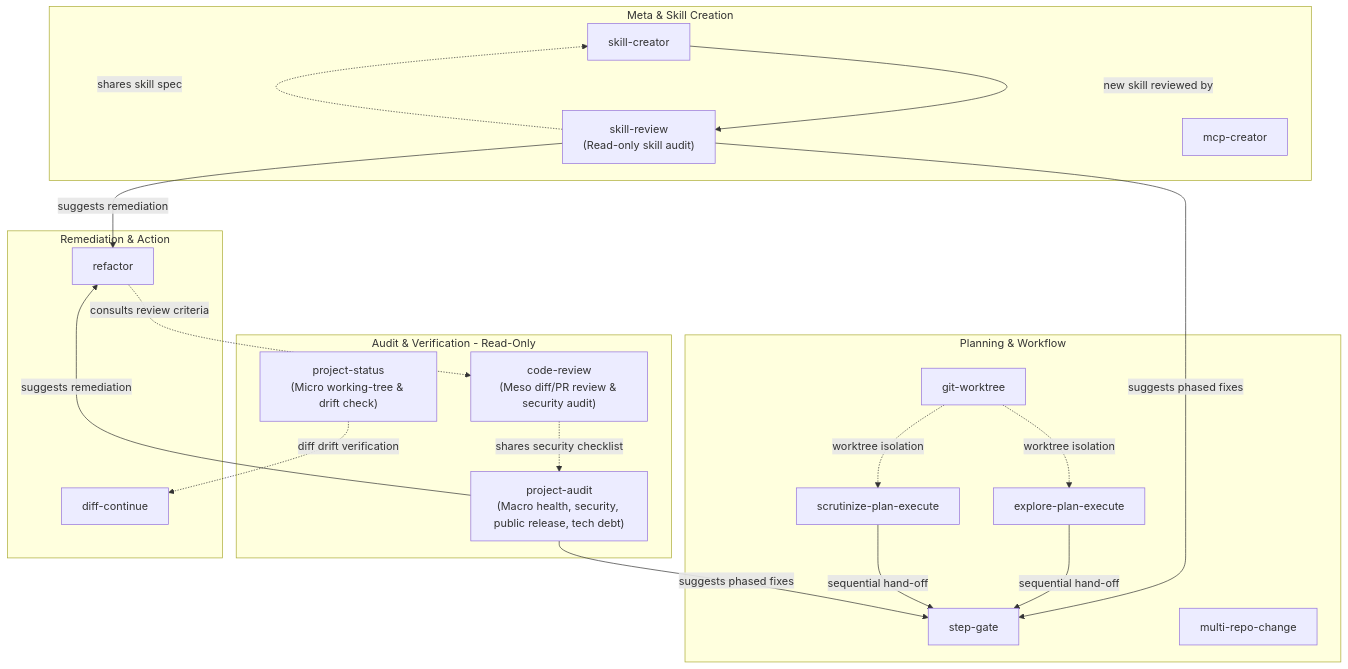
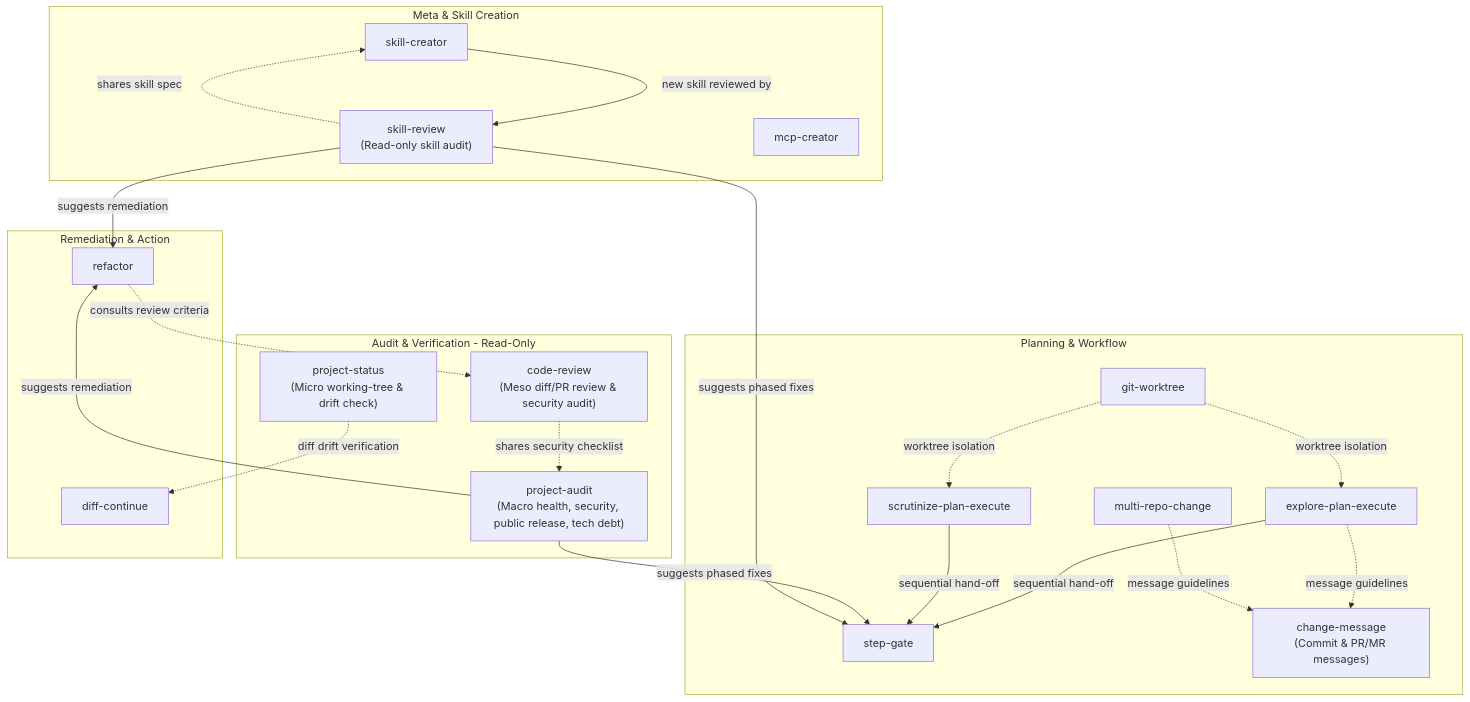
Before and after one commit to berquerant/agent-skills: the diagram in AGENTS.md, drawn with Mermaid. The commit also changed other lines of this file and 9 other files, not shown here.

First line of the commit message:
feat(change-message): add commit and PR/MR message drafting skill

````diff
--- a/AGENTS.md
+++ b/AGENTS.md
@@ -48,46 +48,49 @@
 ```mermaid
 flowchart TD
     subgraph Meta ["Meta & Skill Creation"]
         SC[skill-creator]
         SR["skill-review<br/>(Read-only skill audit)"]
         MC[mcp-creator]
     end
 
     subgraph Planning ["Planning & Workflow"]
         EPE[explore-plan-execute]
         SPE[scrutinize-plan-execute]
         SG[step-gate]
         GW[git-worktree]
         MRC[multi-repo-change]
+        CM["change-message<br/>(Commit & PR/MR messages)"]
     end
 
     subgraph Audit ["Audit & Verification - Read-Only"]
         PA["project-audit<br/>(Macro health, security, public release, tech debt)"]
         PS["project-status<br/>(Micro working-tree & drift check)"]
         CR["code-review<br/>(Meso diff/PR review & security audit)"]
     end
 
     subgraph Remediation ["Remediation & Action"]
         RF[refactor]
         DC[diff-continue]
     end
 
     %% Workflows & Hand-offs
     EPE -->|sequential hand-off| SG
     SPE -->|sequential hand-off| SG
     GW -.->|worktree isolation| EPE
     GW -.->|worktree isolation| SPE
+    EPE -.->|message guidelines| CM
+    MRC -.->|message guidelines| CM
 
     PA -->|suggests remediation| RF
     PA -->|suggests phased fixes| SG
 
     CR -.->|shares security checklist| PA
     RF -.->|consults review criteria| CR
 
     PS -.->|diff drift verification| DC
 
     SC -->|new skill reviewed by| SR
     SR -.->|shares skill spec| SC
     SR -->|suggests phased fixes| SG
     SR -->|suggests remediation| RF
 ```
````
